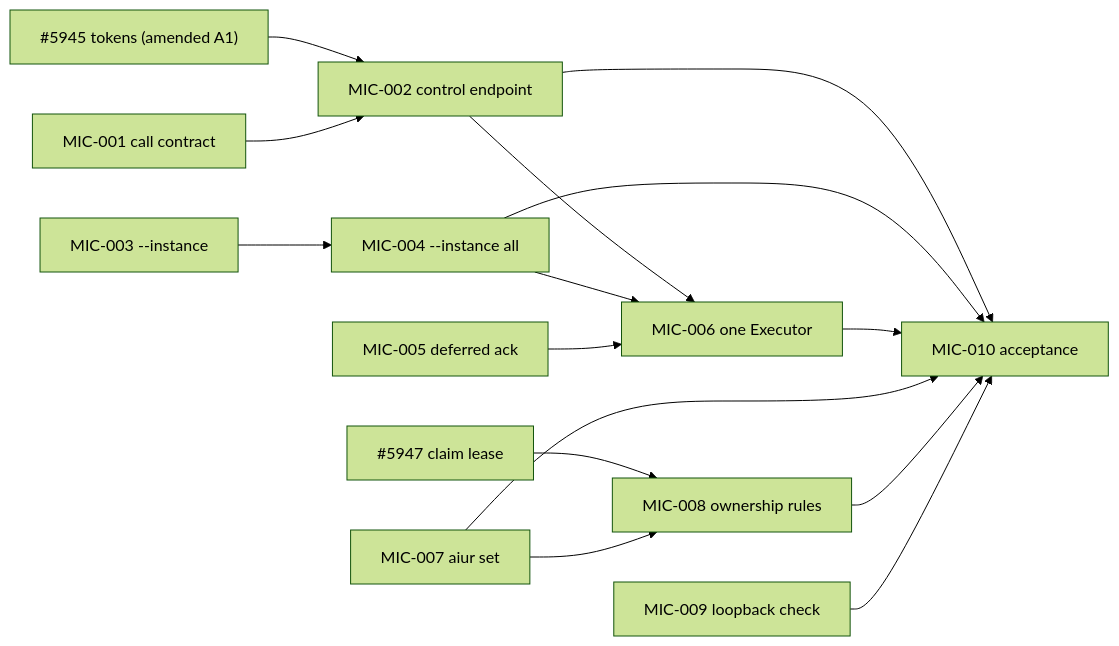
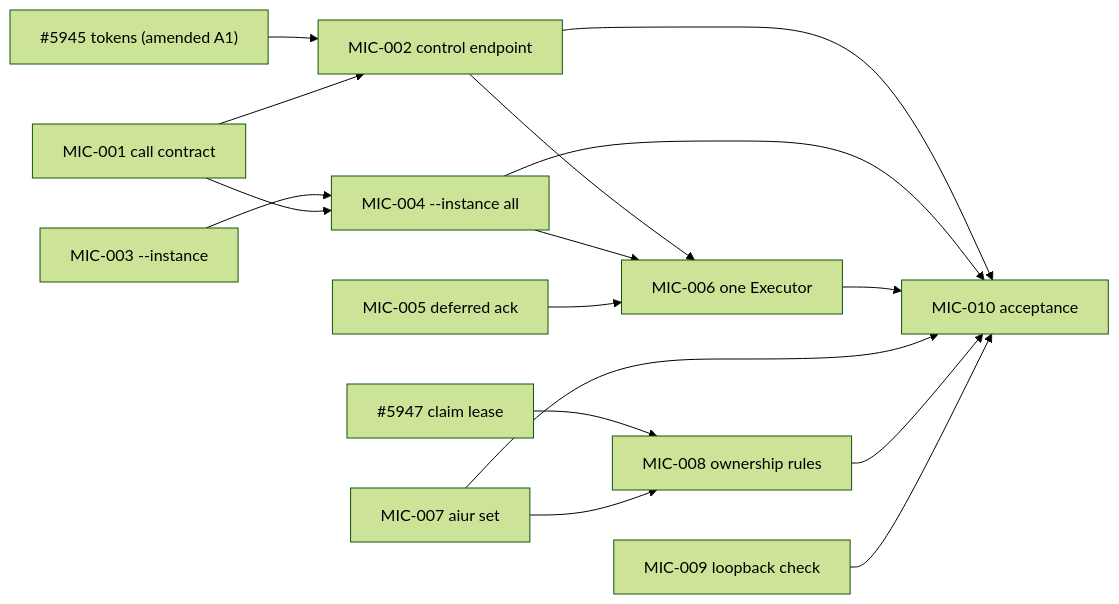
One commit to Nitjsefnie-OSC/aiur changed the diagram in docs/plans/2026-10-23-multi-instance-control/README.md. Above: the diagram before and after it, drawn with Mermaid (forest theme). The commit also changed other lines of this file and 15 other files, not shown here.

````diff
--- a/docs/plans/2026-10-23-multi-instance-control/README.md
+++ b/docs/plans/2026-10-23-multi-instance-control/README.md
@@ -63,17 +63,18 @@
 ```mermaid
 flowchart LR
   E5945["#5945 tokens (amended A1)"] --> M2
   E5947["#5947 claim lease"] --> M8
   M1["MIC-001 call contract"] --> M2["MIC-002 control endpoint"]
   M3["MIC-003 --instance"] --> M4["MIC-004 --instance all"]
+  M1 --> M4
   M7["MIC-007 aiur set"] --> M8["MIC-008 ownership rules"]
   M2 --> M6["MIC-006 one Executor"]
   M4 --> M6
   M5["MIC-005 deferred ack"] --> M6
   M2 --> M10["MIC-010 acceptance"]
   M4 --> M10
   M6 --> M10
   M7 --> M10
   M8 --> M10
   M9["MIC-009 loopback check"] --> M10
 ```
````
